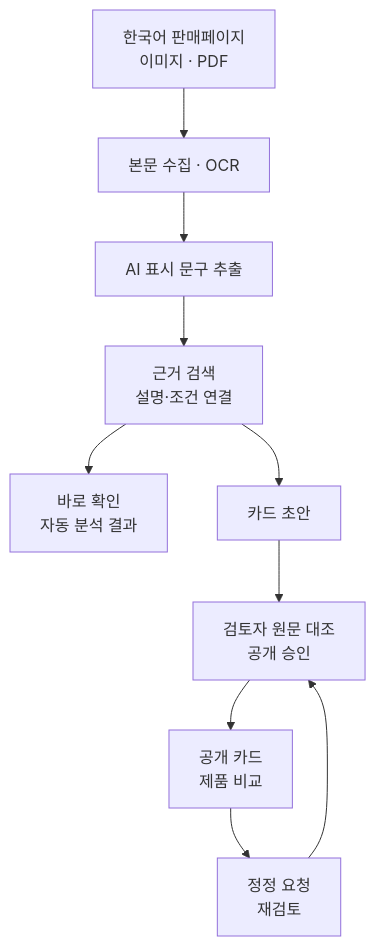
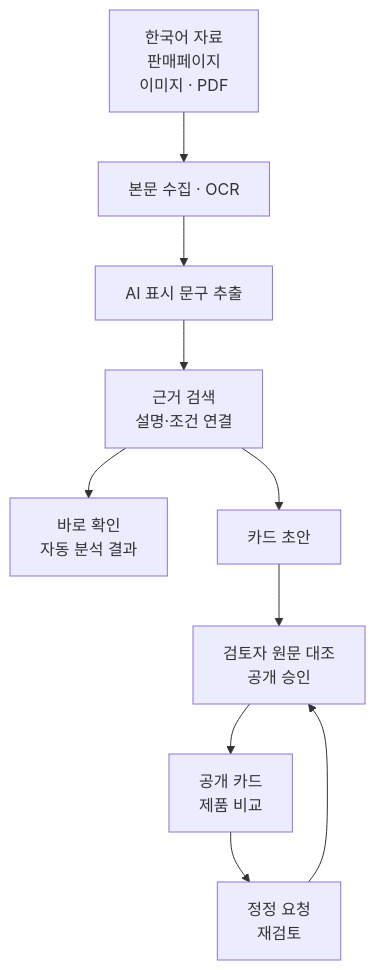
One commit to qutesophie-brilliant/aicard changed the diagram in README.md. Above: the diagram before and after it, drawn with Mermaid.

Commit message:
docs: prevent Korean word wrapping in input node [skip render]

````diff
--- a/README.md
+++ b/README.md
@@ -23,12 +23,12 @@
 ```mermaid
 flowchart TD
-    A["한국어 판매페이지<br/>이미지 · PDF"] --> B["본문 수집 · OCR"]
+    A["한국어 자료<br/>판매페이지<br/>이미지 · PDF"] --> B["본문 수집 · OCR"]
     B --> C["AI 표시 문구 추출"]
     C --> D["근거 검색<br/>설명·조건 연결"]
     D --> E["바로 확인<br/>자동 분석 결과"]
     D --> F["카드 초안"]
     F --> G["검토자 원문 대조<br/>공개 승인"]
     G --> H["공개 카드<br/>제품 비교"]
     H --> I["정정 요청<br/>재검토"]
     I --> G
 ```
````
